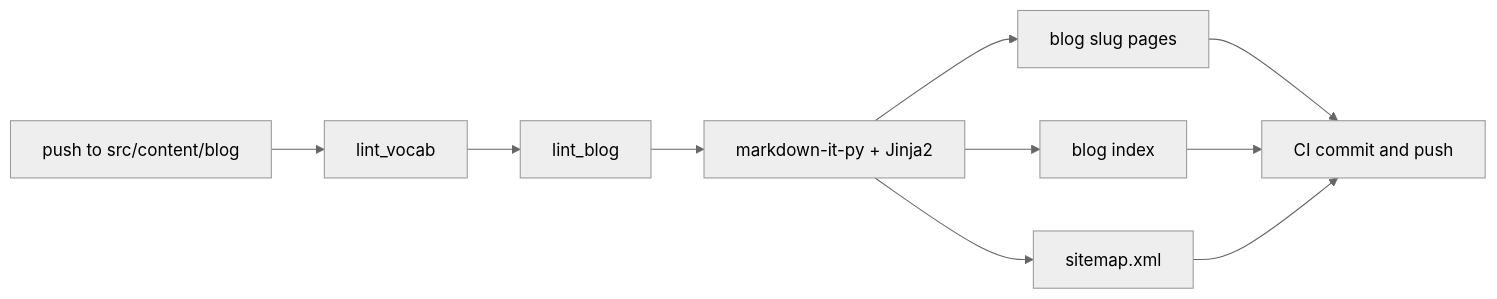
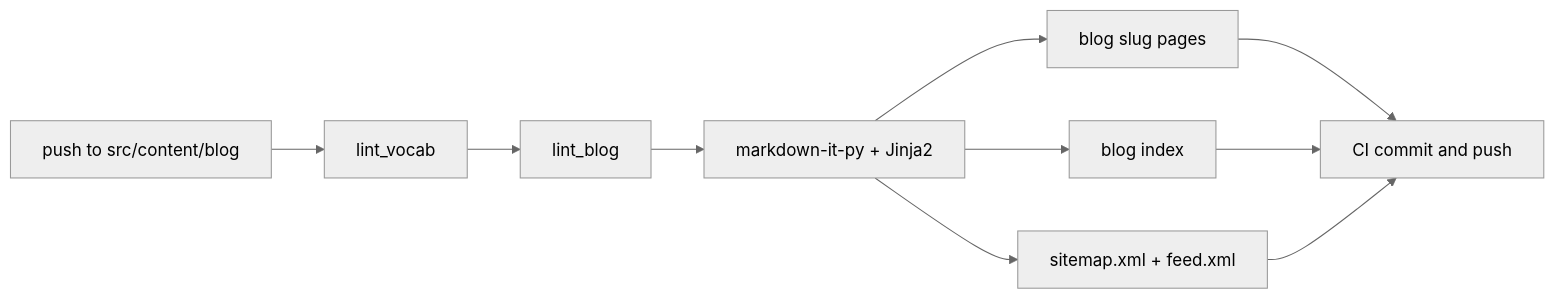
Before and after one commit to zaherkarp/zaherkarp.github.io: the second of 3 diagrams in src/content/blog/how-this-site-builds-itself.md, drawn with Mermaid (neutral theme). The commit also changed other lines of this file, not shown here.

````diff
--- a/src/content/blog/how-this-site-builds-itself.md
+++ b/src/content/blog/how-this-site-builds-itself.md
@@ -37,12 +72,12 @@
 ```mermaid
 flowchart LR
-    A[push to src/content/blog] --> B[lint_vocab]
+    A["push to src/content/blog"] --> B[lint_vocab]
     B --> C[lint_blog]
-    C --> D[markdown-it-py + Jinja2]
-    D --> E[blog slug pages]
-    D --> F[blog index]
-    D --> G[sitemap.xml]
-    E --> H[CI commit and push]
+    C --> D["markdown-it-py + Jinja2"]
+    D --> E["blog slug pages"]
+    D --> F["blog index"]
+    D --> G["sitemap.xml + feed.xml"]
+    E --> H["CI commit and push"]
     F --> H
     G --> H
 ```
````
